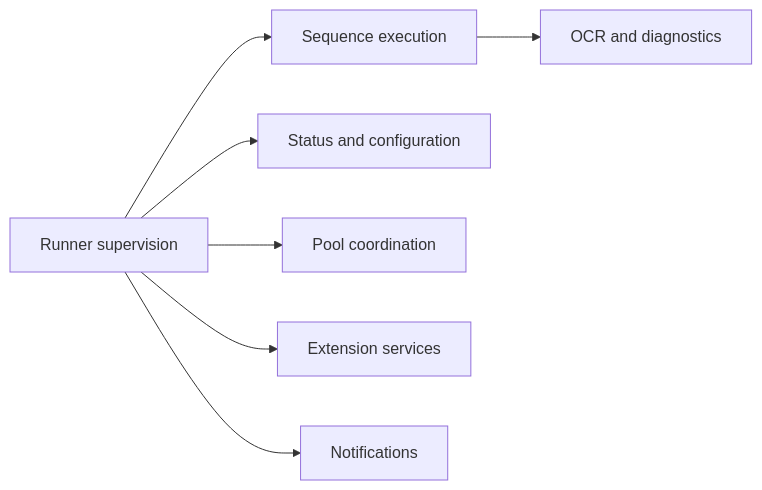
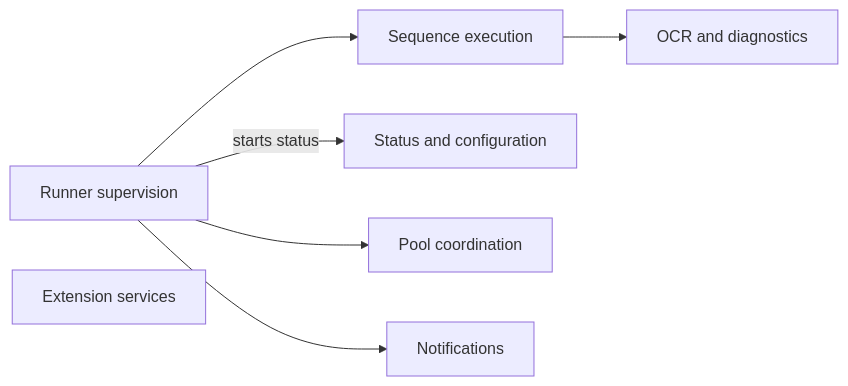
Before and after one commit to alissonsol/yuruna: the third of 7 diagrams in docs/design/02-component-breakdown.md, drawn with Mermaid. The commit also changed other lines of this file and 1304 other files, not shown here.

````diff
--- a/docs/design/02-component-breakdown.md
+++ b/docs/design/02-component-breakdown.md
@@ -85,16 +85,15 @@
 ```mermaid
 flowchart LR
     start-testrunner-ps1["Runner supervision"]
     test-sequencerunner-psm1["Sequence execution"]
     test-ocrengine-psm1["OCR and diagnostics"]
     start-statusservice-ps1["Status and configuration"]
     test-pool["Pool coordination"]
     test-extension["Extension services"]
     test-notify-psm1["Notifications"]
     start-testrunner-ps1 --> test-sequencerunner-psm1
     test-sequencerunner-psm1 --> test-ocrengine-psm1
-    start-testrunner-ps1 --> start-statusservice-ps1
+    start-testrunner-ps1 -->|starts status| start-statusservice-ps1
     start-testrunner-ps1 --> test-pool
-    start-testrunner-ps1 --> test-extension
     start-testrunner-ps1 --> test-notify-psm1
 ```
````
